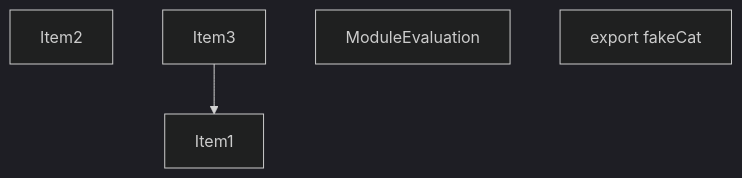
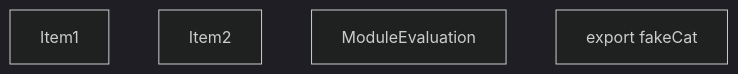
Before and after one commit to vercel/turborepo: the third of 5 diagrams in crates/turbopack-ecmascript/tests/tree-shaker/analyzer/export-named/output.md, drawn with Mermaid (dark theme). The commit also changed other lines of this file and 6 other files, not shown here.

````diff
--- a/crates/turbopack-ecmascript/tests/tree-shaker/analyzer/export-named/output.md
+++ b/crates/turbopack-ecmascript/tests/tree-shaker/analyzer/export-named/output.md
@@ -59,11 +46,9 @@
 ```mermaid
 graph TD
     Item1;
     Item2;
     Item3;
+    Item3["ModuleEvaluation"];
     Item4;
-    Item4["ModuleEvaluation"];
-    Item5;
-    Item5["export fakeCat"];
-    Item3 --> Item1;
+    Item4["export fakeCat"];
 ```
````
